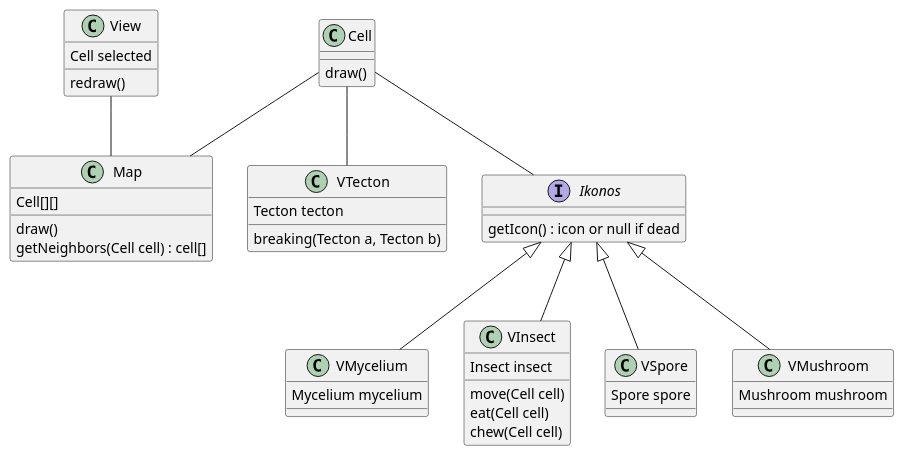
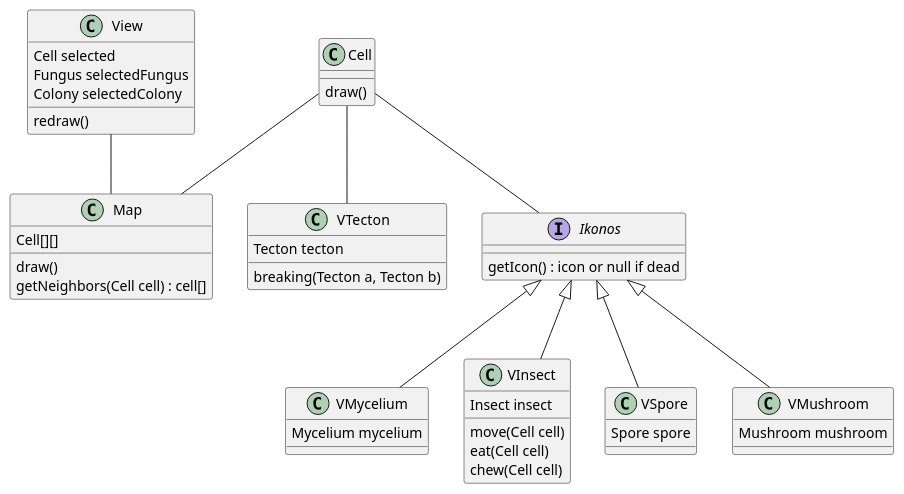
Before and after one commit to ZD4ve/projlab-error521: the diagram in GuiPlan/class.puml, drawn with PlantUML.

Commit message:
added selected stuff to class diagram

```diff
--- a/GuiPlan/class.puml
+++ b/GuiPlan/class.puml
@@ -1,50 +1,52 @@
 @startuml class
 class Cell{
     draw()
 }
 class Map{
     Cell[][]
     draw()
     getNeighbors(Cell cell) : cell[]
 }
 
 class VTecton{
     Tecton tecton
     breaking(Tecton a, Tecton b)
 }
 
 interface Ikonos{
     getIcon() : icon or null if dead
 }
 class VMycelium{
     Mycelium mycelium
 }
 class VInsect{
     Insect insect
     move(Cell cell)
     eat(Cell cell)
     chew(Cell cell)
 }
 class VSpore{
     Spore spore
 }
 class VMushroom{
     Mushroom mushroom
 }
 
 class View{
     Cell selected
+    Fungus selectedFungus
+    Colony selectedColony
     redraw()
 }
 
 View -- Map
 
 Cell -- Map
 Cell -- Ikonos
 Cell -- VTecton
 
 Ikonos <|-- VMycelium
 Ikonos <|-- VInsect
 Ikonos <|-- VSpore
 Ikonos <|-- VMushroom
 @enduml
```
